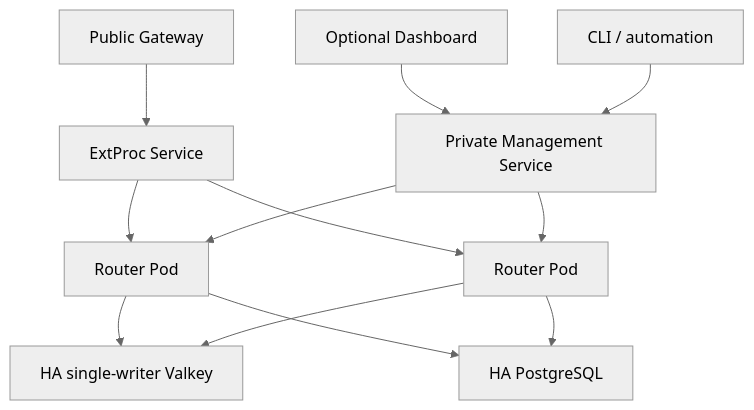
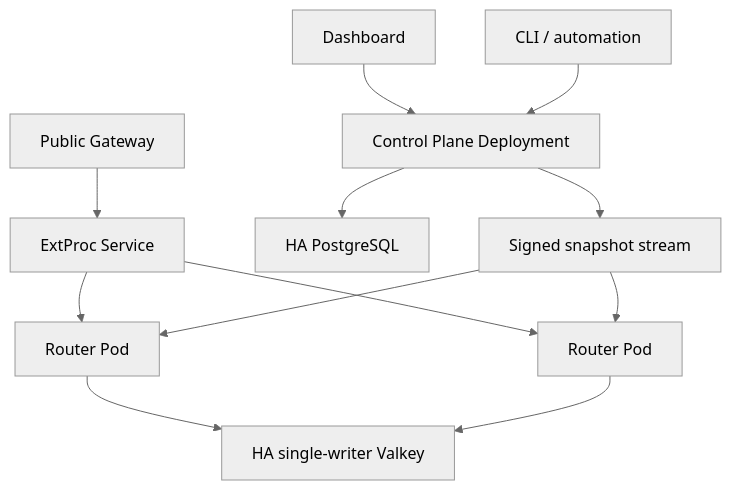
Before and after one commit to vllm-project/semantic-router: the diagram in website/docs/proposals/router-native-access-control-deployment.md, drawn with Mermaid (neutral theme). The commit also changed other lines of this file and 21 other files, not shown here.

Commit message:
Refine agent modes and control-plane boundaries

````diff
--- a/website/docs/proposals/router-native-access-control-deployment.md
+++ b/website/docs/proposals/router-native-access-control-deployment.md
@@ -455,16 +409,16 @@
 ```mermaid
 flowchart TB
     Public["Public Gateway"] --> ES["ExtProc Service"]
     ES --> R1["Router Pod"]
     ES --> R2["Router Pod"]
 
-    UI["Optional Dashboard"] --> MS["Private Management Service"]
-    Automation["CLI / automation"] --> MS
-    MS --> R1
-    MS --> R2
+    UI["Dashboard"] --> CP["Control Plane Deployment"]
+    Automation["CLI / automation"] --> CP
+    CP --> DB["HA PostgreSQL"]
+    CP --> PS["Signed snapshot stream"]
+    PS --> R1
+    PS --> R2
 
     R1 --> KV["HA single-writer Valkey"]
     R2 --> KV
-    R1 --> DB["HA PostgreSQL"]
-    R2 --> DB
 ```
````
